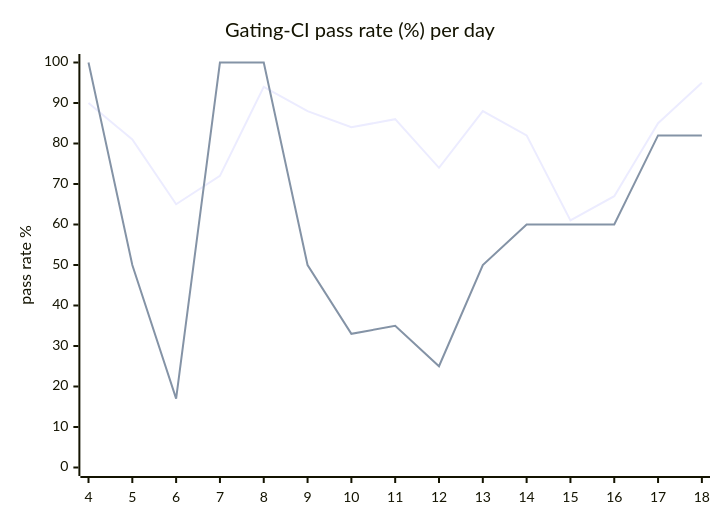
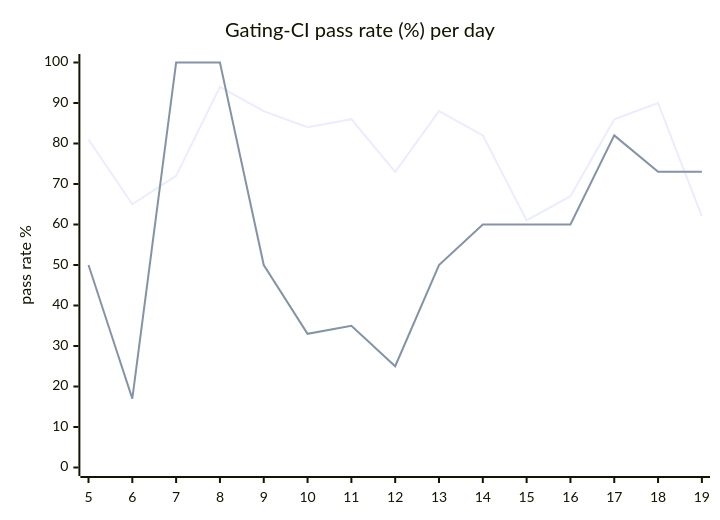
The diagram in hack/ci/ci-dashboard/staging/issue.md (hatchet-dev/hatchet), drawn with Mermaid before and after one commit. The commit also changed other lines of this file, not shown here.

````diff
--- a/hack/ci/ci-dashboard/staging/issue.md
+++ b/hack/ci/ci-dashboard/staging/issue.md
@@ -9,8 +9,8 @@
 ```mermaid
 xychart-beta
   title "Gating-CI pass rate (%) per day"
-  x-axis [4, 5, 6, 7, 8, 9, 10, 11, 12, 13, 14, 15, 16, 17, 18]
+  x-axis [5, 6, 7, 8, 9, 10, 11, 12, 13, 14, 15, 16, 17, 18, 19]
   y-axis "pass rate %" 0 --> 100
-  line "CI" [90, 81, 65, 72, 94, 88, 84, 86, 74, 88, 82, 61, 67, 85, 95]
-  line "main" [100, 50, 17, 100, 100, 50, 33, 35, 25, 50, 60, 60, 60, 82, 82]
+  line "CI" [81, 65, 72, 94, 88, 84, 86, 73, 88, 82, 61, 67, 86, 90, 62]
+  line "main" [50, 17, 100, 100, 50, 33, 35, 25, 50, 60, 60, 60, 82, 73, 73]
 ```
````
